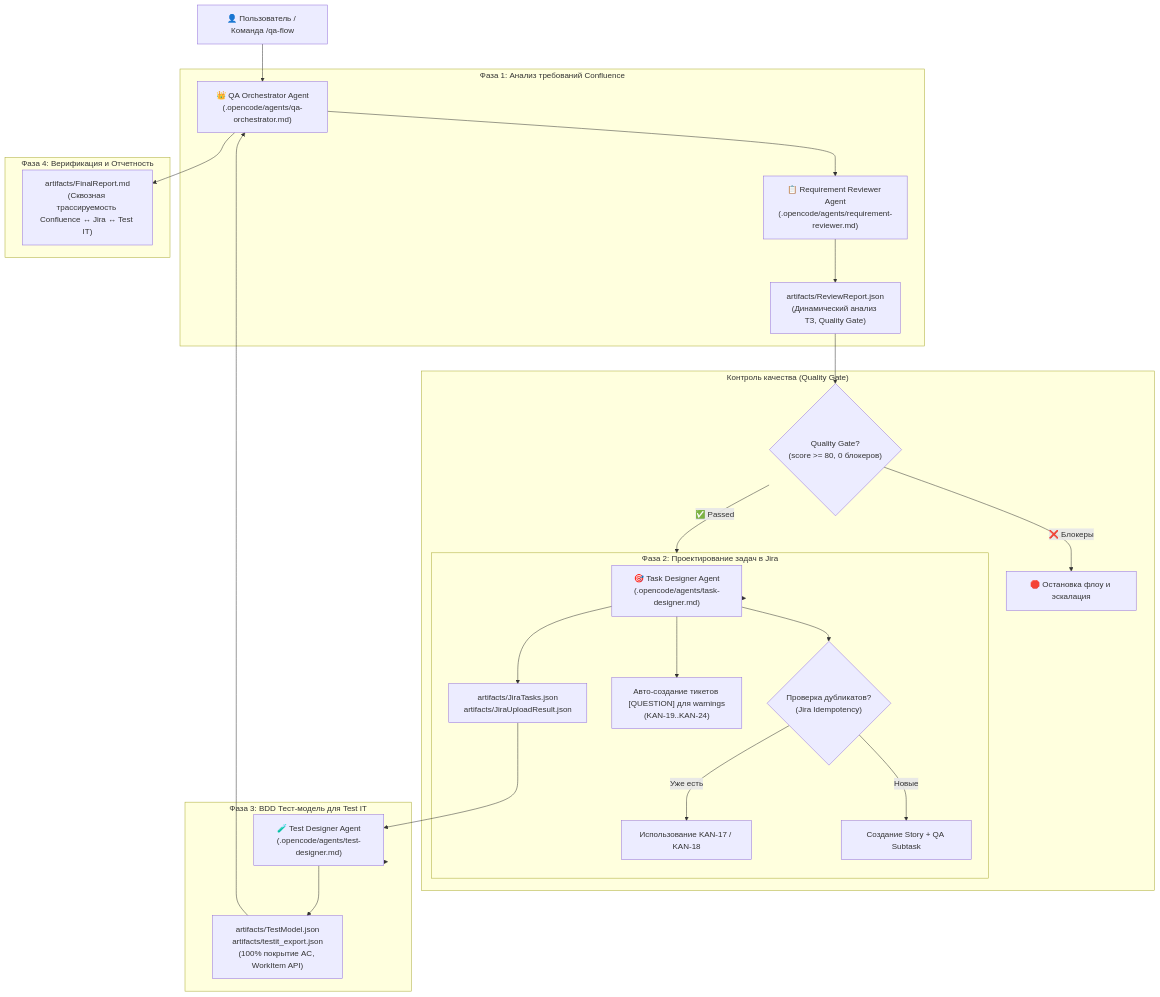
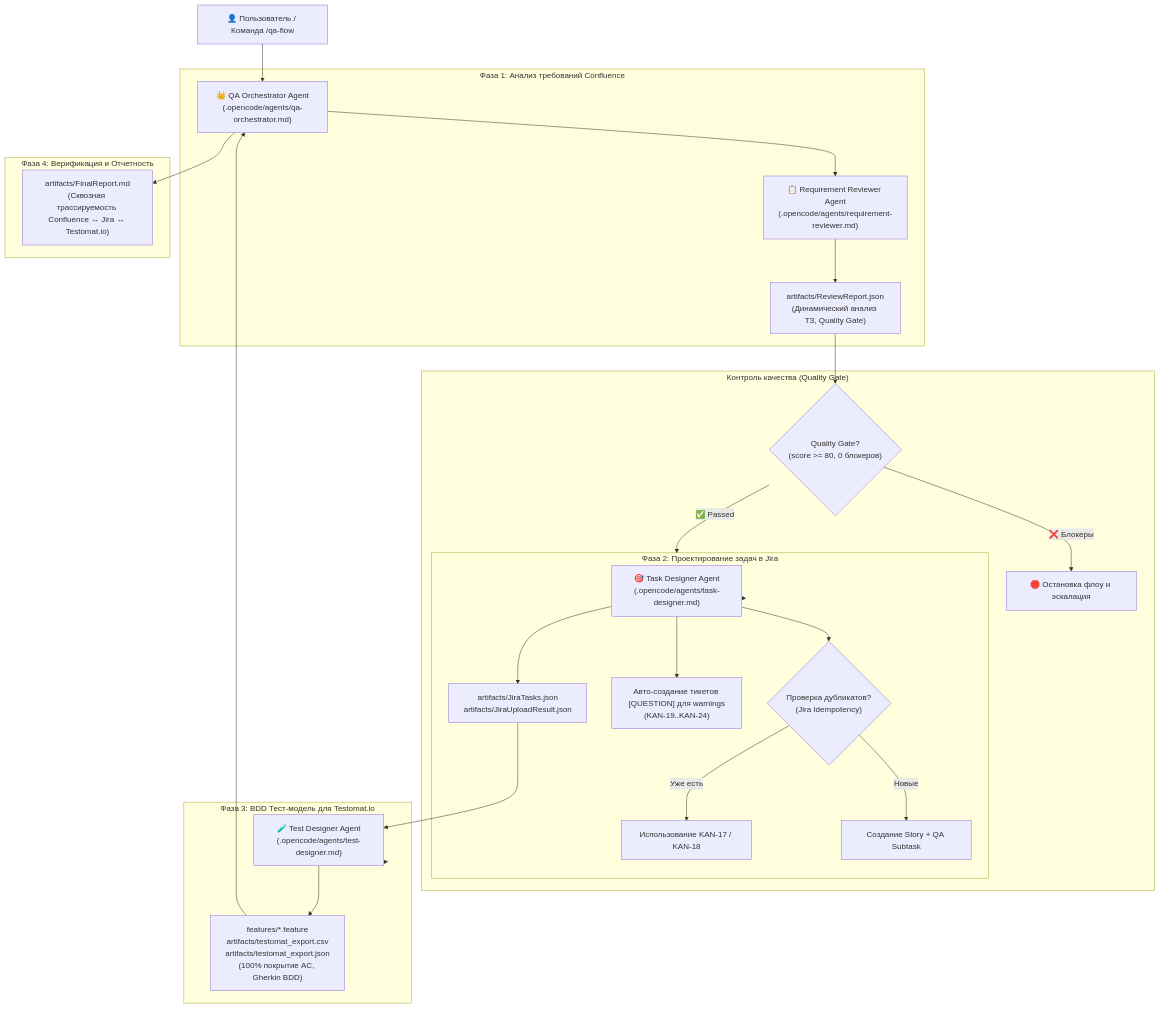
The diagram in README.md (Kristacom/qa-multiagent-study), drawn with Mermaid before and after one commit. The commit also changed other lines of this file and 11 other files, not shown here.

Commit message:
feat(tms): switch from Test IT to Testomat.io with native Cucumber feature files and CSV/JSON exports

````diff
--- a/README.md
+++ b/README.md
@@ -23,39 +25,39 @@
 ```mermaid
 flowchart TD
     User["👤 Пользователь / Команда /qa-flow"] --> Orch["👑 QA Orchestrator Agent\n(.opencode/agents/qa-orchestrator.md)"]
 
     subgraph Phase1 ["Фаза 1: Анализ требований Confluence"]
         Orch --> RRA["📋 Requirement Reviewer Agent\n(.opencode/agents/requirement-reviewer.md)"]
         RRA --> RR["artifacts/ReviewReport.json\n(Динамический анализ ТЗ, Quality Gate)"]
     end
 
     subgraph Gate ["Контроль качества (Quality Gate)"]
         RR --> QG{"Quality Gate?\n(score >= 80, 0 блокеров)"}
         QG -- "❌ Блокеры" --> Stop["🛑 Остановка флоу и эскалация"]
         QG -- "✅ Passed" --> Phase2
     end
 
     subgraph Phase2 ["Фаза 2: Проектирование задач в Jira"]
         TD["🎯 Task Designer Agent\n(.opencode/agents/task-designer.md)"]
         TD --> TD_Check{"Проверка дубликатов?\n(Jira Idempotency)"}
         TD_Check -- "Уже есть" --> TD_Reuse["Использование KAN-17 / KAN-18"]
         TD_Check -- "Новые" --> TD_Create["Создание Story + QA Subtask"]
         TD --> TD_Quest["Авто-создание тикетов [QUESTION] для warnings\n(KAN-19..KAN-24)"]
         TD --> JT["artifacts/JiraTasks.json\nartifacts/JiraUploadResult.json"]
     end
 
-    subgraph Phase3 ["Фаза 3: BDD Тест-модель для Test IT"]
+    subgraph Phase3 ["Фаза 3: BDD Тест-модель для Testomat.io"]
         TeD["🧪 Test Designer Agent\n(.opencode/agents/test-designer.md)"]
-        TeD --> TM["artifacts/TestModel.json\nartifacts/testit_export.json\n(100% покрытие AC, WorkItem API)"]
+        TeD --> TM["features/*.feature\nartifacts/testomat_export.csv\nartifacts/testomat_export.json\n(100% покрытие AC, Gherkin BDD)"]
     end
 
     subgraph Phase4 ["Фаза 4: Верификация и Отчетность"]
-        FR["artifacts/FinalReport.md\n(Сквозная трассируемость Confluence ↔ Jira ↔ Test IT)"]
+        FR["artifacts/FinalReport.md\n(Сквозная трассируемость Confluence ↔ Jira ↔ Testomat.io)"]
     end
 
     Phase2 --> TD
     JT --> TeD
     Phase3 --> TeD
     TM --> Orch
     Orch --> FR
 ```
````
